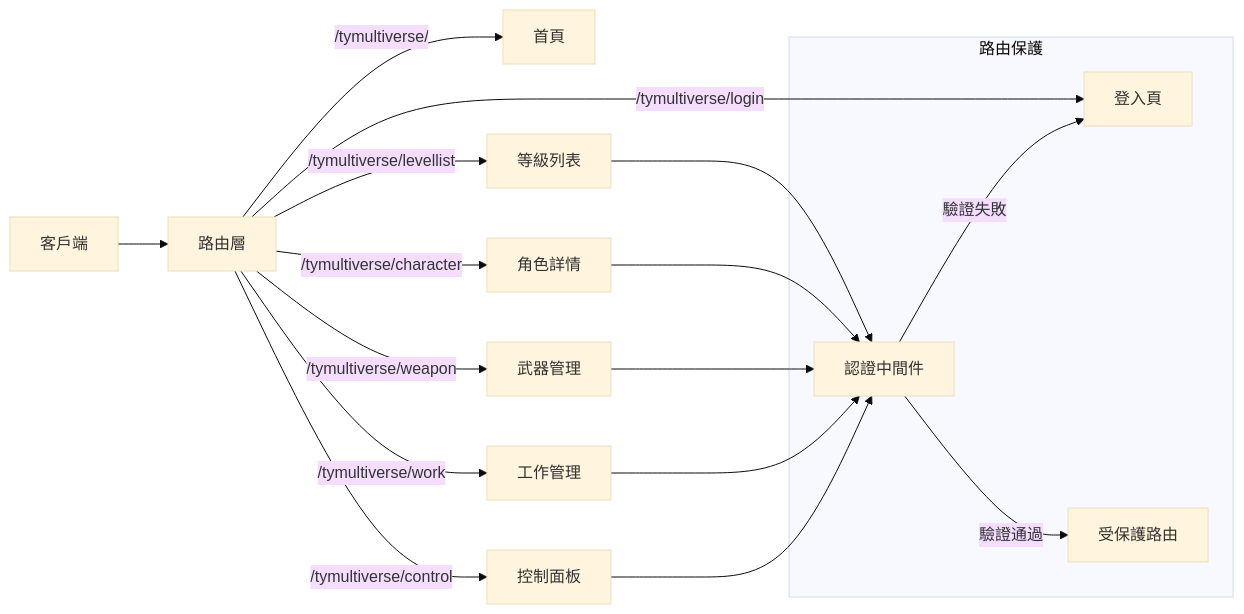
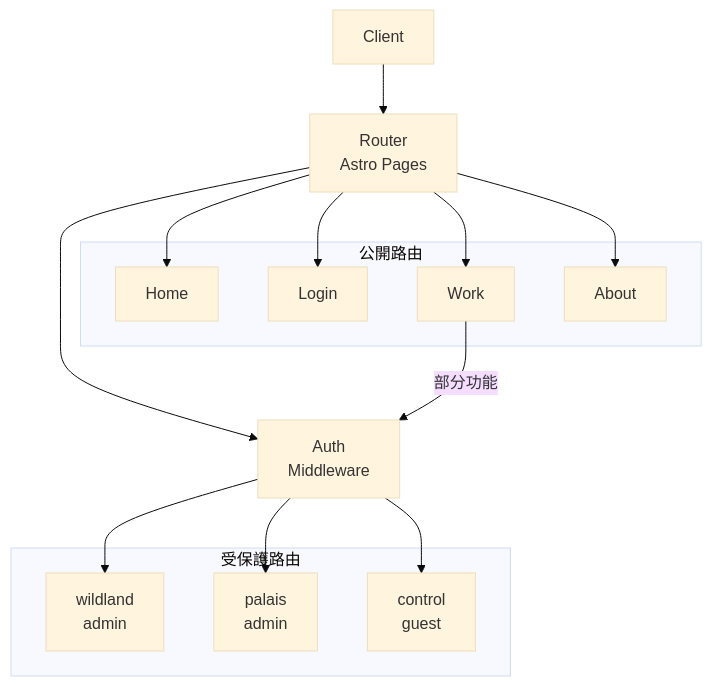
One commit to Vinskao/ty-multiverse changed the second of 5 diagrams in README.md. Above: the diagram before and after it, drawn with Mermaid (base theme). The commit also changed other lines of this file and 1 other file, not shown here.

````diff
--- a/README.md
+++ b/README.md
@@ -37,23 +37,28 @@
 ```mermaid
-graph LR
-    Client[客戶端] --> Router[路由層]
-    Router --> |/tymultiverse/| Home[首頁]
-    Router --> |/tymultiverse/login| Login[登入頁]
-    Router --> |/tymultiverse/levellist| LevelList[等級列表]
-    Router --> |/tymultiverse/character| Character[角色詳情]
-    Router --> |/tymultiverse/weapon| Weapon[武器管理]
-    Router --> |/tymultiverse/work| Work[工作管理]
-    Router --> |/tymultiverse/control| Control[控制面板]
+graph TD
+    A[Client] --> B[Router<br>Astro Pages]
+    B --> C[Home]
+    B --> D[Login]
+    B --> I[Work]
+    B --> J[About]
+    B --> E[Auth<br>Middleware]
     
-    subgraph 路由保護
-        Auth[認證中間件]
-        Auth --> |驗證通過| Protected[受保護路由]
-        Auth --> |驗證失敗| Login
+    E --> F[wildland<br>admin]
+    E --> G[palais<br>admin]
+    E --> H[control<br>guest]
+    
+    I -->|部分功能| E
+    
+    subgraph 公開路由
+        C
+        D
+        I
+        J
     end
     
-    LevelList --> Auth
-    Character --> Auth
-    Weapon --> Auth
-    Work --> Auth
-    Control --> Auth
+    subgraph 受保護路由
+        F
+        G
+        H
+    end
 ```
````
